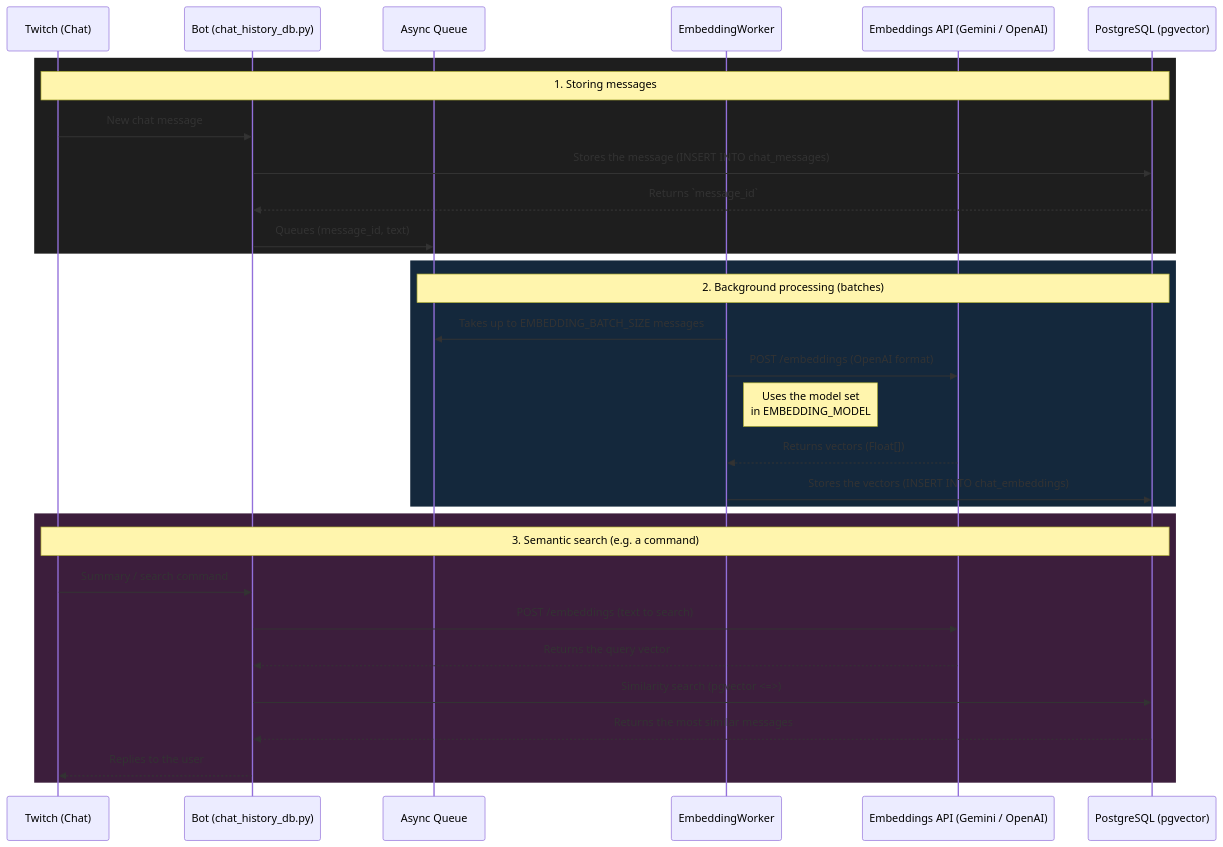
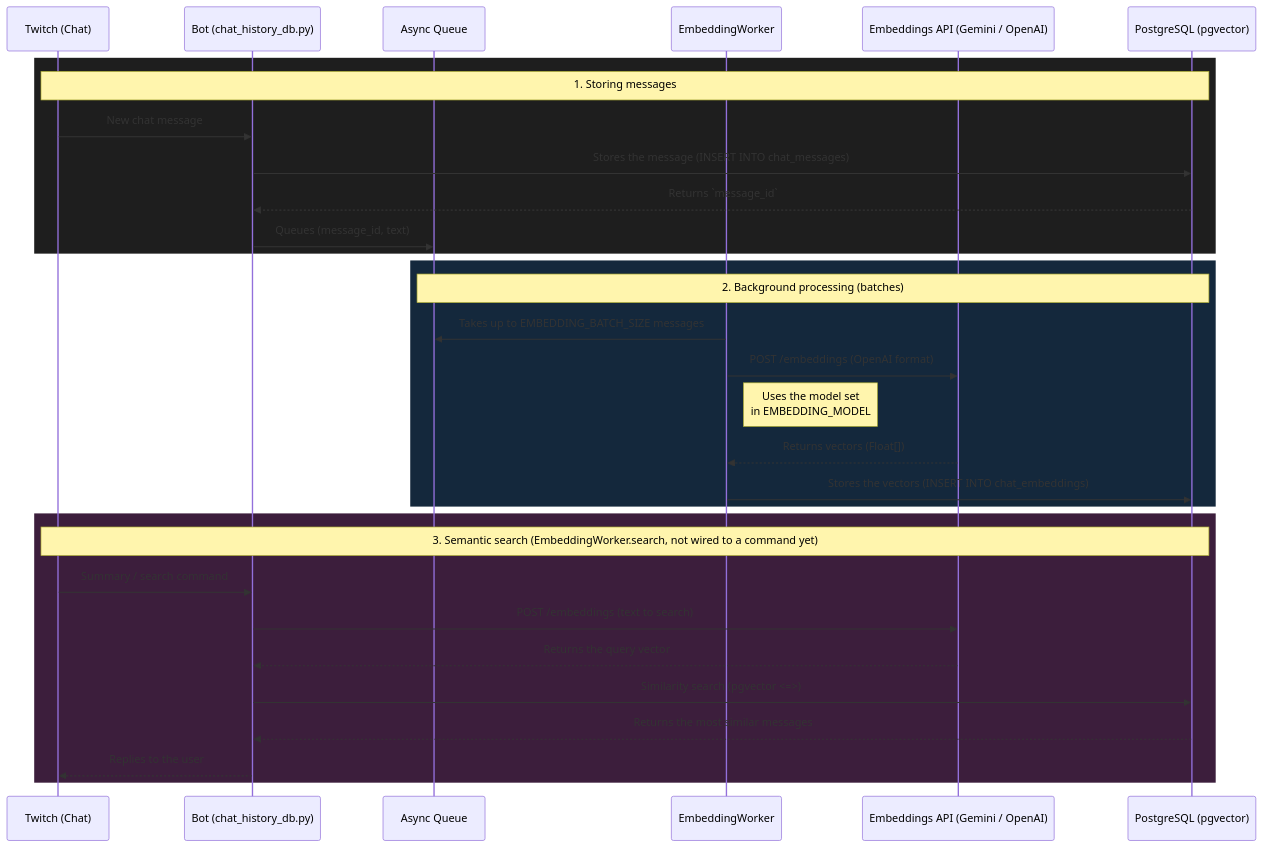
One commit to martinSaav/bot_ducky changed the diagram in docs/embeddings.md. Above: the diagram before and after it, drawn with Mermaid. The commit also changed other lines of this file and 16 other files, not shown here.

````diff
--- a/docs/embeddings.md
+++ b/docs/embeddings.md
@@ -5,39 +8,39 @@
 ```mermaid
 sequenceDiagram
     participant T as Twitch (Chat)
     participant B as Bot (chat_history_db.py)
     participant Q as Async Queue
     participant W as EmbeddingWorker
     participant API as Embeddings API (Gemini / OpenAI)
     participant DB as PostgreSQL (pgvector)
 
     %% Storing flow
     rect rgb(30, 30, 30)
     Note over T,DB: 1. Storing messages
     T->>B: New chat message
     B->>DB: Stores the message (INSERT INTO chat_messages)
     DB-->>B: Returns `message_id`
     B->>Q: Queues (message_id, text)
     end
 
     %% Worker flow (background)
     rect rgb(20, 40, 60)
     Note over Q,DB: 2. Background processing (batches)
     W->>Q: Takes up to EMBEDDING_BATCH_SIZE messages
     W->>API: POST /embeddings (OpenAI format)
     Note right of W: Uses the model set<br/>in EMBEDDING_MODEL
     API-->>W: Returns vectors (Float[])
     W->>DB: Stores the vectors (INSERT INTO chat_embeddings)
     end
 
     %% Semantic search flow
     rect rgb(60, 30, 60)
-    Note over T,DB: 3. Semantic search (e.g. a command)
+    Note over T,DB: 3. Semantic search (EmbeddingWorker.search, not wired to a command yet)
     T->>B: Summary / search command
     B->>API: POST /embeddings (text to search)
     API-->>B: Returns the query vector
     B->>DB: Similarity search (pgvector <=>)
     DB-->>B: Returns the most similar messages
     B-->>T: Replies to the user
     end
 ```
````
